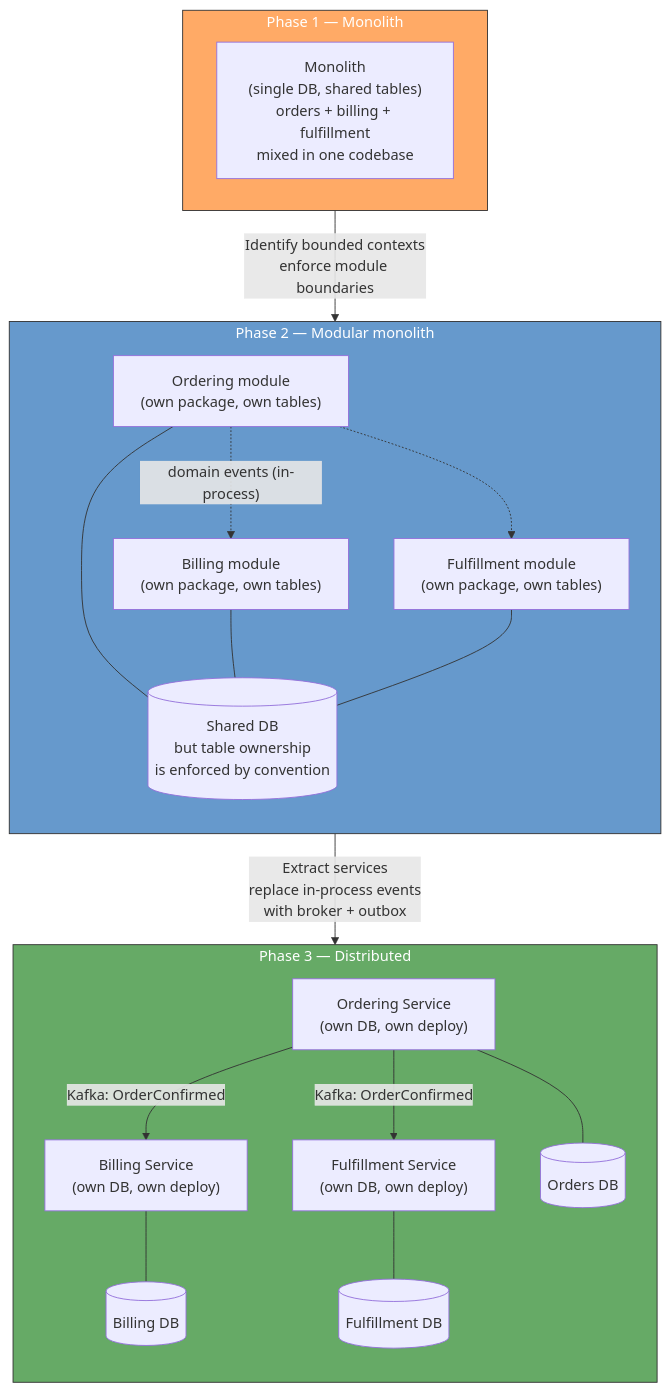
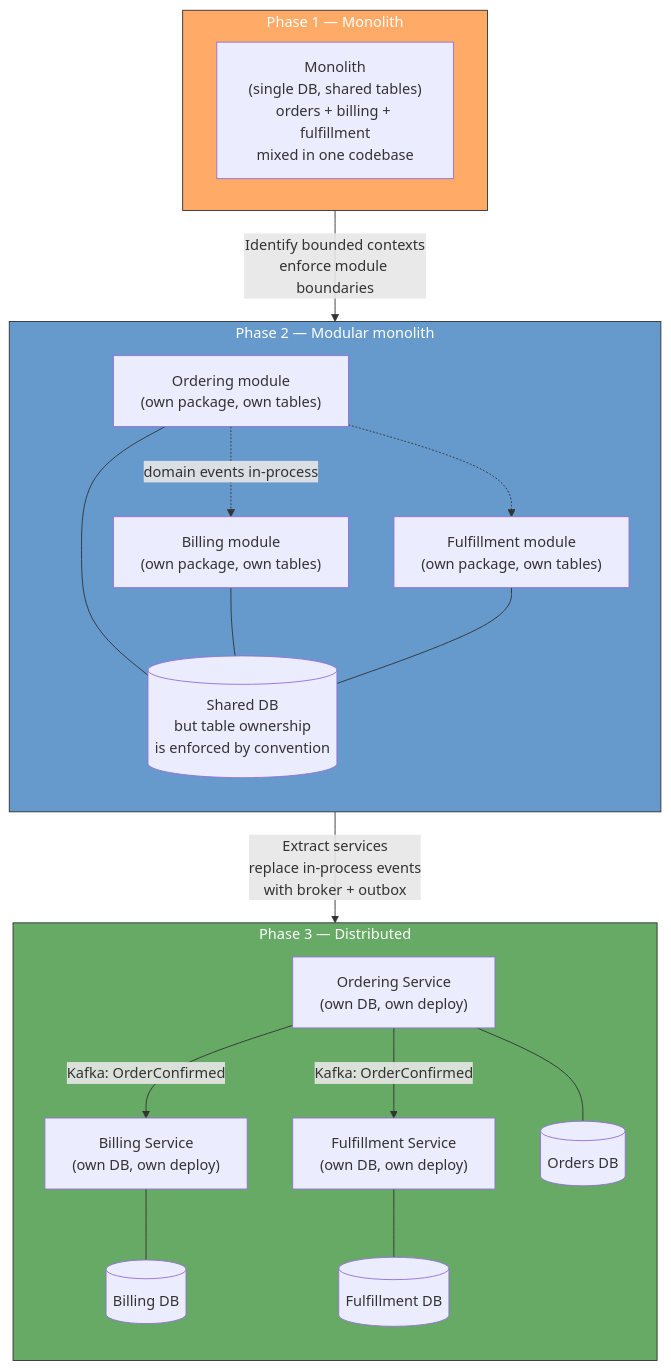
One commit to bumbsclaw/textbooks changed the fifth of 7 diagrams in vol-15-swe-practice/ch05-ddd.md. Above: the diagram before and after it, drawn with Mermaid. The commit also changed other lines of this file and 173 other files, not shown here.

First line of the commit message:
fix(mermaid): close note brackets, semicolons in Notes, stateDiagram br -> dash, edge parens

````diff
--- a/vol-15-swe-practice/ch05-ddd.md
+++ b/vol-15-swe-practice/ch05-ddd.md
@@ -640,41 +640,41 @@
 ```mermaid
 flowchart TB
     subgraph Phase1["Phase 1 — Monolith"]
         M1["Monolith\n(single DB, shared tables)\norders + billing + fulfillment\nmixed in one codebase"]
     end
 
     subgraph Phase2["Phase 2 — Modular monolith"]
         direction TB
         MOD1["Ordering module\n(own package, own tables)"]
         MOD2["Billing module\n(own package, own tables)"]
         MOD3["Fulfillment module\n(own package, own tables)"]
-        MOD1 -.->|"domain events (in-process)"| MOD2
+        MOD1 -.->|"domain events in-process "| MOD2
         MOD1 -.-> MOD3
         DB2[("Shared DB\nbut table ownership\nis enforced by convention")]
         MOD1 --- DB2
         MOD2 --- DB2
         MOD3 --- DB2
     end
 
     subgraph Phase3["Phase 3 — Distributed"]
         direction TB
         SVC1["Ordering Service\n(own DB, own deploy)"]
         SVC2["Billing Service\n(own DB, own deploy)"]
         SVC3["Fulfillment Service\n(own DB, own deploy)"]
         SVC1 -->|"Kafka: OrderConfirmed"| SVC2
         SVC1 -->|"Kafka: OrderConfirmed"| SVC3
         DB3A[("Orders DB")]
         DB3B[("Billing DB")]
         DB3C[("Fulfillment DB")]
         SVC1 --- DB3A
         SVC2 --- DB3B
         SVC3 --- DB3C
     end
 
-    Phase1 -->|"Identify bounded contexts<br/>enforce module boundaries"| Phase2
-    Phase2 -->|"Extract services<br/>replace in-process events<br/>with broker + outbox"| Phase3
+    Phase1 -->|"Identify bounded contexts<br >enforce module boundaries"| Phase2
+    Phase2 -->|"Extract services<br >replace in-process events<br >with broker + outbox"| Phase3
 
     style Phase1 fill:#fa6,stroke:#333,color:#fff
     style Phase2 fill:#69c,stroke:#333,color:#fff
     style Phase3 fill:#6a6,stroke:#333,color:#fff
 ```
````
